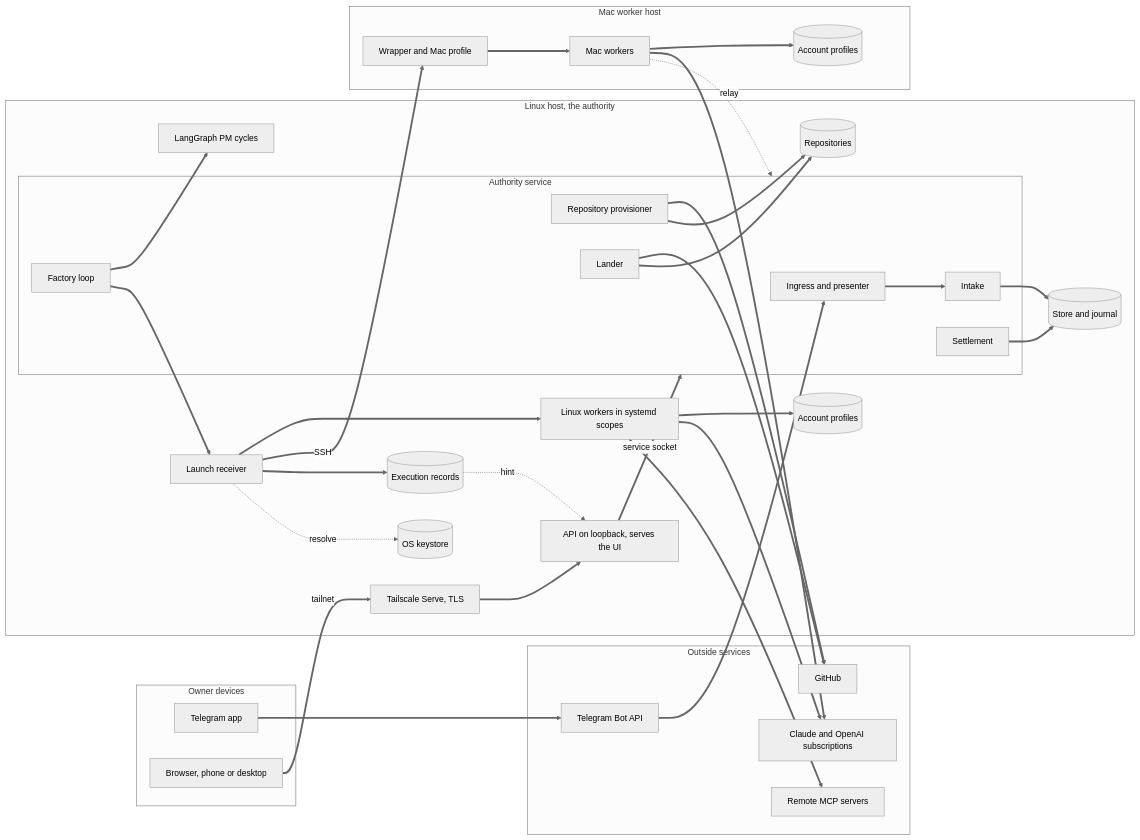
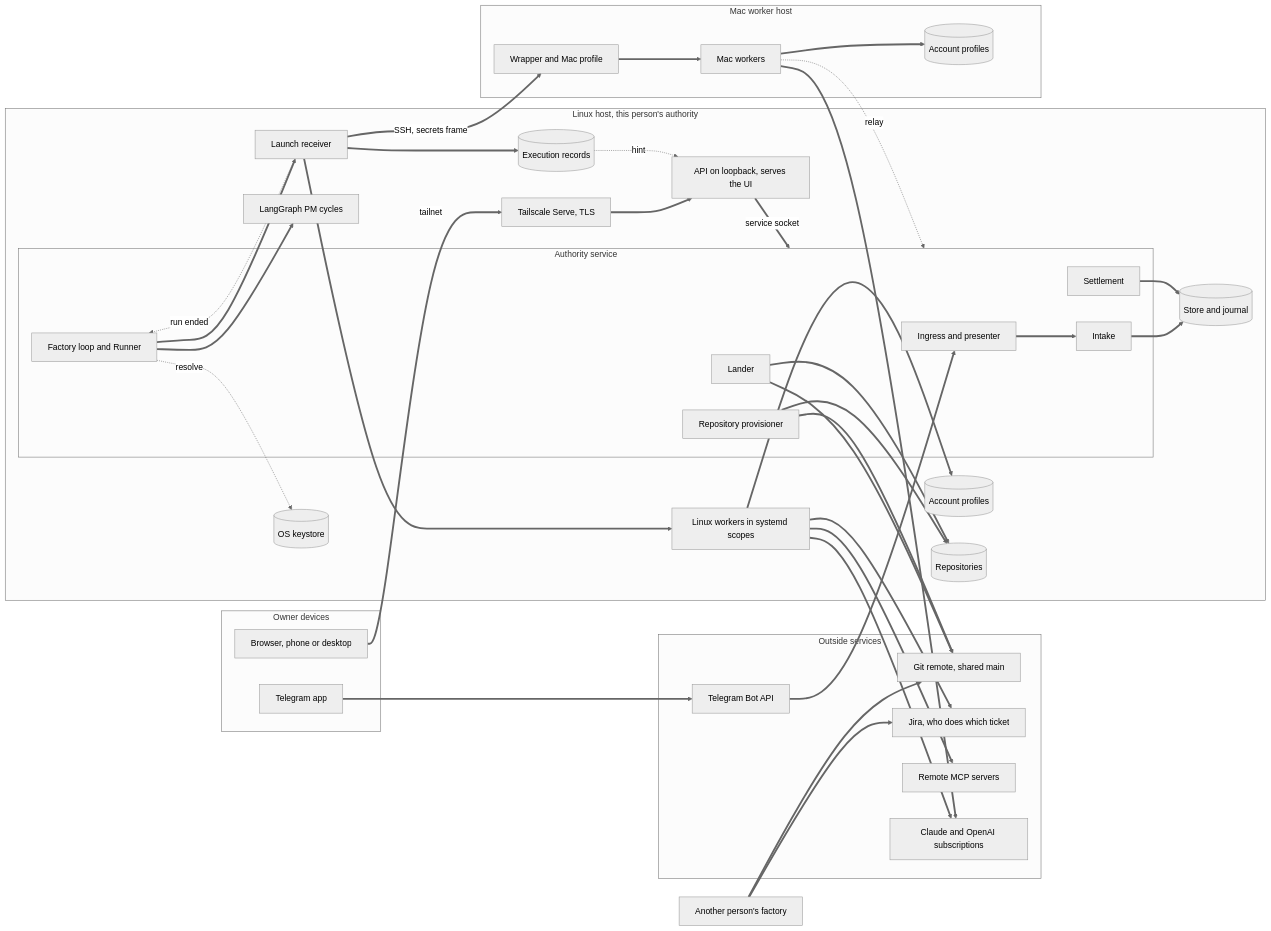
The first of 2 diagrams in docs/design/PLAN-0019-operating-model-design.md (Bcengi/veldo), drawn with Mermaid (neutral theme) before and after one commit. The commit also changed other lines of this file, not shown here.

````diff
--- a/docs/design/PLAN-0019-operating-model-design.md
+++ b/docs/design/PLAN-0019-operating-model-design.md
@@ -50,60 +60,66 @@
 ```mermaid
 flowchart LR
   subgraph devices["Owner devices"]
     tg["Telegram app"]
     br["Browser, phone or desktop"]
   end
   subgraph outside["Outside services"]
     tgapi["Telegram Bot API"]
-    gh["GitHub"]
+    gh["Git remote, shared main"]
+    jira["Jira, who does which ticket"]
     mcpr["Remote MCP servers"]
     subs["Claude and OpenAI subscriptions"]
   end
-  subgraph linux["Linux host, the authority"]
+  subgraph linux["Linux host, this person's authority"]
     ts["Tailscale Serve, TLS"]
     api["API on loopback, serves the UI"]
     subgraph svc["Authority service"]
       ing["Ingress and presenter"]
       intake["Intake"]
       settle["Settlement"]
-      loop["Factory loop"]
+      loop["Factory loop and Runner"]
       prov["Repository provisioner"]
       land["Lander"]
     end
     store[("Store and journal")]
     lg["LangGraph PM cycles"]
     rcv["Launch receiver"]
     wl["Linux workers in systemd scopes"]
     rec[("Execution records")]
     ks[("OS keystore")]
     prof[("Account profiles")]
     repos[("Repositories")]
   end
   subgraph mac["Mac worker host"]
     wrap["Wrapper and Mac profile"]
     wm["Mac workers"]
     mprof[("Account profiles")]
   end
+  other["Another person's factory"]
   tg ==> tgapi ==> ing
   br ==>|tailnet| ts ==> api
   api ==>|service socket| svc
   ing ==> intake ==> store
   settle ==> store
   loop ==> lg
   loop ==> rcv
+  rcv -.->|run ended| loop
   rcv ==> wl
-  rcv ==>|SSH| wrap ==> wm
+  rcv ==>|SSH, secrets frame| wrap ==> wm
   wm -.->|relay| svc
   rcv ==> rec
   rec -.->|hint| api
-  rcv -.->|resolve| ks
+  loop -.->|resolve| ks
   wl ==> prof
   wm ==> mprof
   wl ==> subs
   wm ==> subs
   wl ==> mcpr
+  wl ==> jira
   land ==> gh
   prov ==> gh
   prov ==> repos
   land ==> repos
+  other ==> gh
+  other ==> jira
 ```
````
